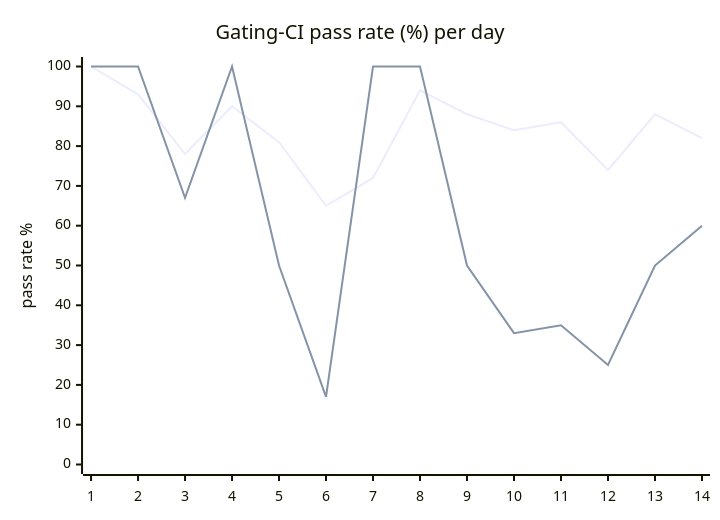
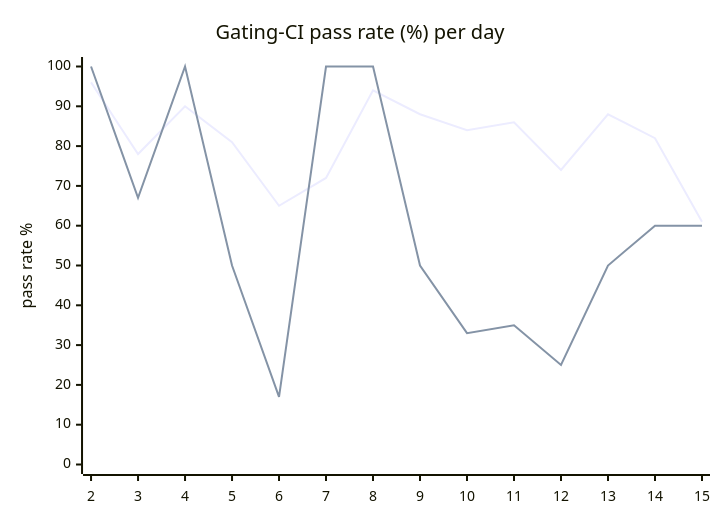
The diagram in hack/ci/ci-dashboard/staging/issue.md (hatchet-dev/hatchet), drawn with Mermaid before and after one commit. The commit also changed other lines of this file, not shown here.

````diff
--- a/hack/ci/ci-dashboard/staging/issue.md
+++ b/hack/ci/ci-dashboard/staging/issue.md
@@ -9,8 +9,8 @@
 ```mermaid
 xychart-beta
   title "Gating-CI pass rate (%) per day"
-  x-axis [1, 2, 3, 4, 5, 6, 7, 8, 9, 10, 11, 12, 13, 14]
+  x-axis [2, 3, 4, 5, 6, 7, 8, 9, 10, 11, 12, 13, 14, 15]
   y-axis "pass rate %" 0 --> 100
-  line "CI" [100, 93, 78, 90, 81, 65, 72, 94, 88, 84, 86, 74, 88, 82]
-  line "main" [100, 100, 67, 100, 50, 17, 100, 100, 50, 33, 35, 25, 50, 60]
+  line "CI" [96, 78, 90, 81, 65, 72, 94, 88, 84, 86, 74, 88, 82, 61]
+  line "main" [100, 67, 100, 50, 17, 100, 100, 50, 33, 35, 25, 50, 60, 60]
 ```
````
